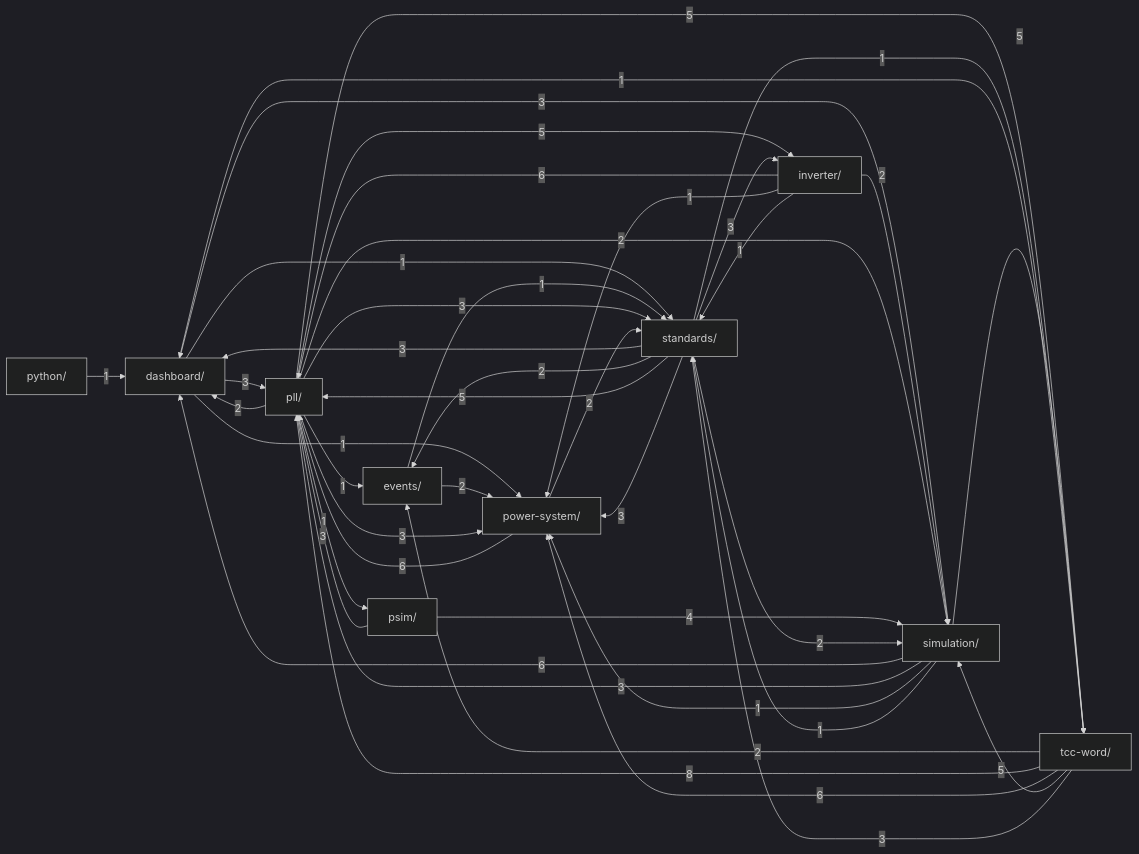
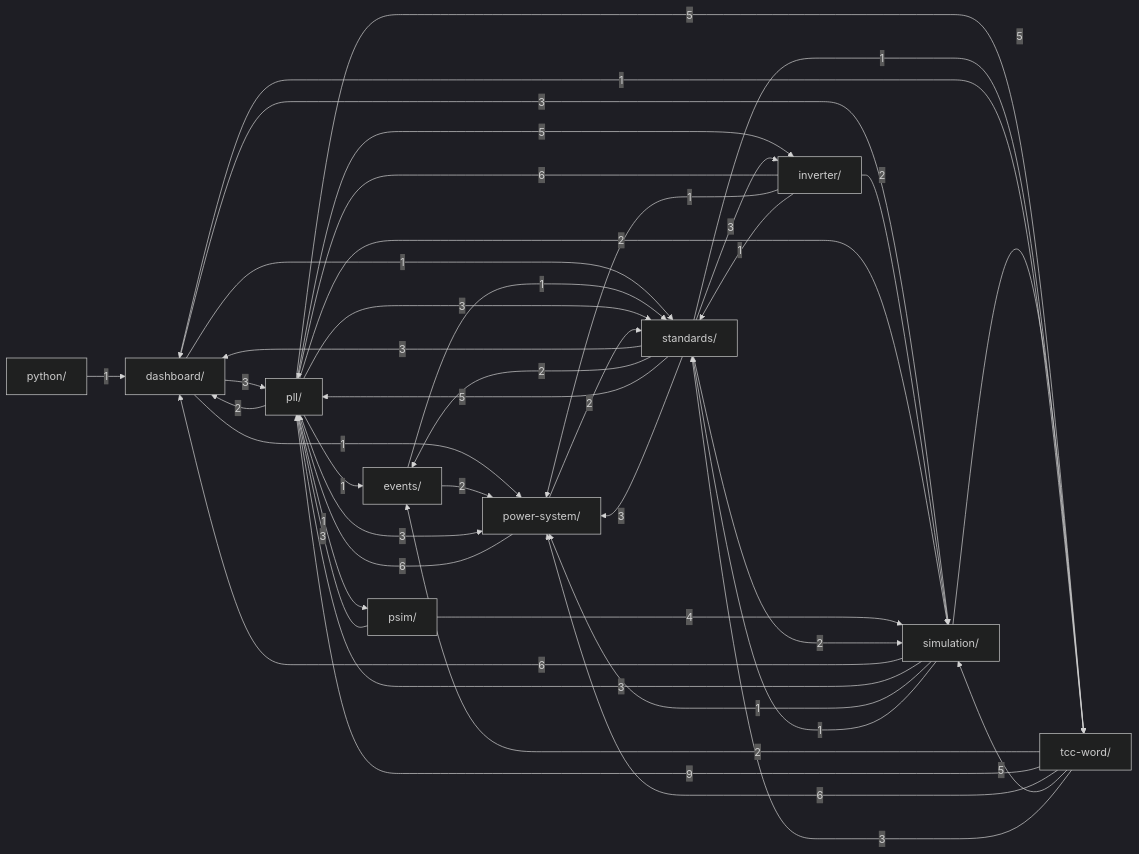
The diagram in .claude/kb/grafo.md (GGHB0/pll_stability_9bus), drawn with Mermaid (dark theme) before and after one commit. The commit also changed 3 other files, not shown here.

Commit message:
Log Figure 2.3 explanation paragraph delivered to the TCC

````diff
--- a/.claude/kb/grafo.md
+++ b/.claude/kb/grafo.md
@@ -12,54 +12,54 @@
 ```mermaid
 graph LR
     dashboard["dashboard/"]
     events["events/"]
     inverter["inverter/"]
     pll["pll/"]
     power_system["power-system/"]
     psim["psim/"]
     python["python/"]
     simulation["simulation/"]
     standards["standards/"]
     tcc_word["tcc-word/"]
     dashboard -->|3| pll
     dashboard -->|1| power_system
     dashboard -->|3| simulation
     dashboard -->|1| standards
     events -->|2| power_system
     events -->|1| standards
     inverter -->|6| pll
     inverter -->|1| power_system
     inverter -->|2| simulation
     inverter -->|1| standards
     pll -->|2| dashboard
     pll -->|1| events
     pll -->|5| inverter
     pll -->|3| power_system
     pll -->|1| psim
     pll -->|2| simulation
     pll -->|3| standards
     pll -->|5| tcc_word
     power_system -->|6| pll
     power_system -->|2| standards
     psim -->|3| pll
     psim -->|4| simulation
     python -->|1| dashboard
     simulation -->|6| dashboard
     simulation -->|3| pll
     simulation -->|1| power_system
     simulation -->|1| standards
     simulation -->|5| tcc_word
     standards -->|3| dashboard
     standards -->|2| events
     standards -->|3| inverter
     standards -->|5| pll
     standards -->|3| power_system
     standards -->|2| simulation
     standards -->|1| tcc_word
     tcc_word -->|1| dashboard
     tcc_word -->|2| events
-    tcc_word -->|8| pll
+    tcc_word -->|9| pll
     tcc_word -->|6| power_system
     tcc_word -->|5| simulation
     tcc_word -->|3| standards
 ```
````
